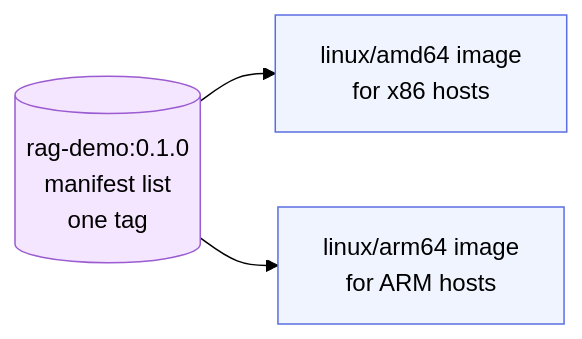
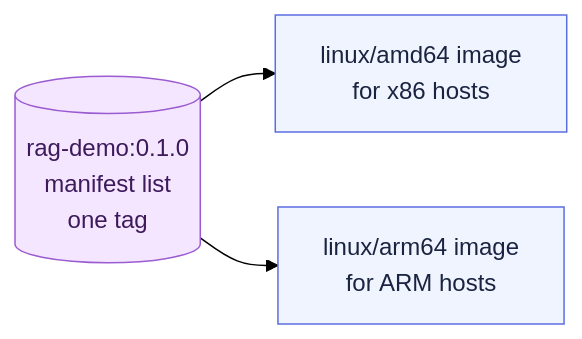
Before and after one commit to LinkedInLearning/docker-for-local-ai-app-development-build-lightweight-containerized-ai-applications-11189001: the diagram in chapter_5/l4/README.md, drawn with Mermaid (forest theme). The commit also changed 25 other files, not shown here.

````diff
--- a/chapter_5/l4/README.md
+++ b/chapter_5/l4/README.md
@@ -50,13 +50,13 @@
 ```mermaid
 flowchart LR
   tag[("rag-demo:0.1.0<br/>manifest list<br/>one tag")]
   amd["linux/amd64 image<br/>for x86 hosts"]
   arm["linux/arm64 image<br/>for ARM hosts"]
   tag --> amd
   tag --> arm
 
-  classDef manifest fill:#f5e6ff,stroke:#9b5bd1,stroke-width:1px;
-  classDef data fill:#f0f4ff,stroke:#5b6ee1,stroke-width:1px;
+  classDef manifest fill:#f5e6ff,stroke:#9b5bd1,stroke-width:1px,color:#3d1a5c;
+  classDef data fill:#f0f4ff,stroke:#5b6ee1,stroke-width:1px,color:#1a2440;
   class tag manifest;
   class amd,arm data;
 ```
````
